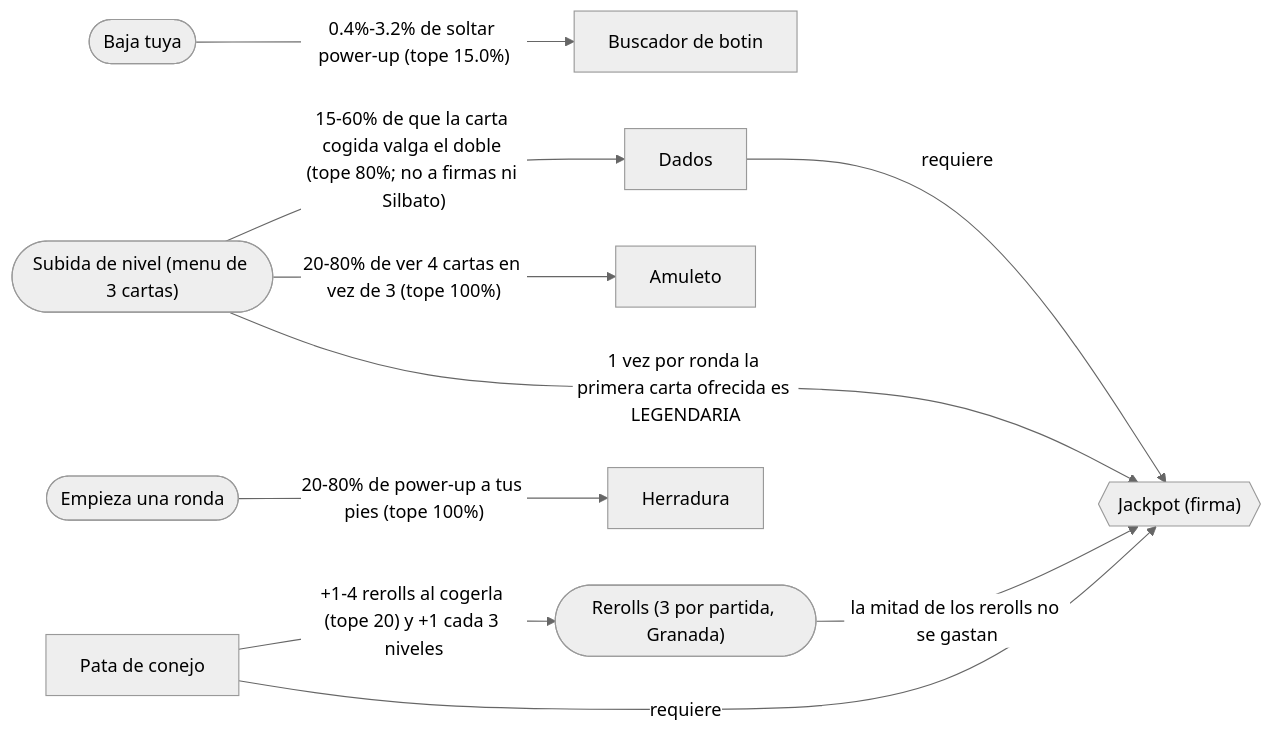
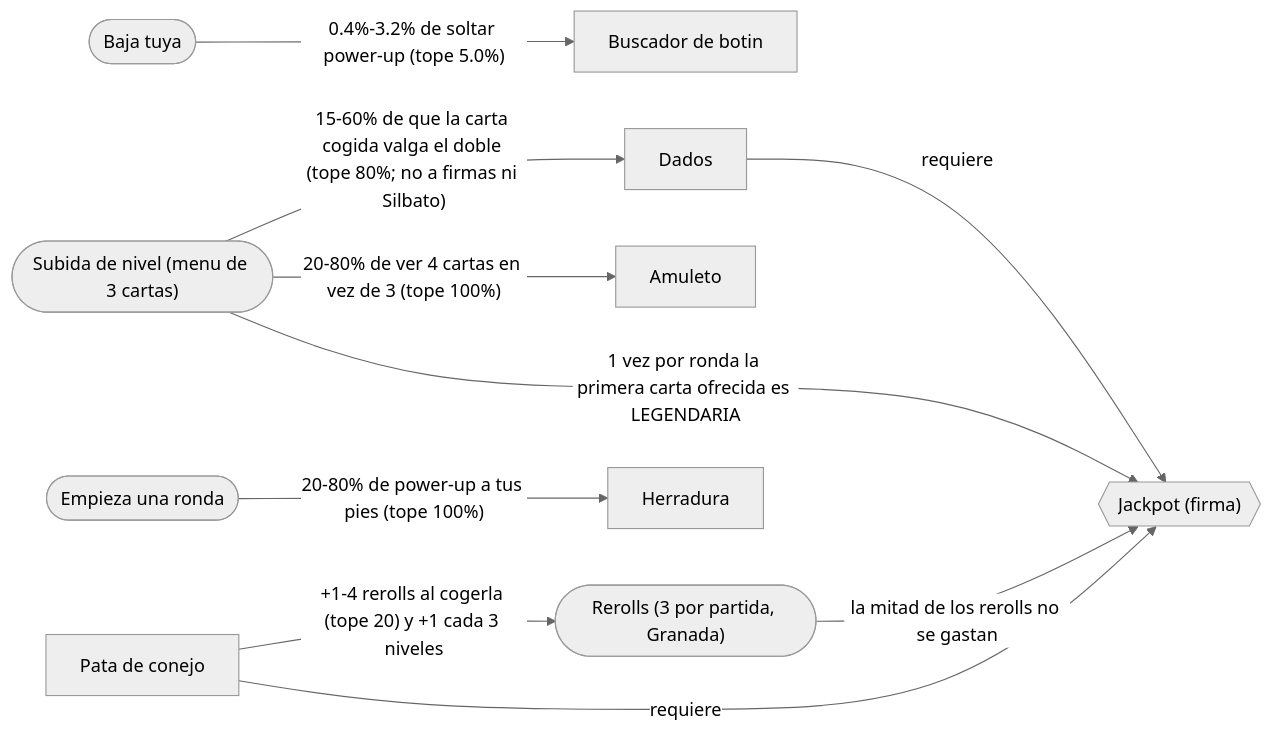
Before and after one commit to emailyasi1/bo2jodas: diagram 15 of 15 in ARQUETIPOS.md, drawn with Mermaid (neutral theme). The commit also changed other lines of this file and 5 other files, not shown here.

First line of the commit message:
1.10.3: Pistolas 15 huecos y Trebol epico, Mark II al 1 %, botin tope 5 %, caja hasta 999999

````diff
--- a/ARQUETIPOS.md
+++ b/ARQUETIPOS.md
@@ -549,22 +549,22 @@
 ```mermaid
 flowchart LR
     botin["Buscador de botin"]
     conejo["Pata de conejo"]
     dados["Dados"]
     amuleto["Amuleto"]
     herradura["Herradura"]
     jackpot{{"Jackpot (firma)"}}
     BAJA(["Baja tuya"])
+    REROLL(["Rerolls (3 por partida, Granada)"])
+    NIVEL(["Subida de nivel (menu de 3 cartas)"])
     RONDA(["Empieza una ronda"])
-    NIVEL(["Subida de nivel (menu de 3 cartas)"])
-    REROLL(["Rerolls (3 por partida, Granada)"])
-    BAJA -->|"0.4%-3.2% de soltar power-up (tope 15.0%)"| botin
+    BAJA -->|"0.4%-3.2% de soltar power-up (tope 5.0%)"| botin
     conejo -->|"+1-4 rerolls al cogerla (tope 20) y +1 cada 3 niveles"| REROLL
     NIVEL -->|"15-60% de que la carta cogida valga el doble (tope 80%; no a firmas ni Silbato)"| dados
     NIVEL -->|"20-80% de ver 4 cartas en vez de 3 (tope 100%)"| amuleto
     RONDA -->|"20-80% de power-up a tus pies (tope 100%)"| herradura
     dados -->|"requiere"| jackpot
     conejo -->|"requiere"| jackpot
     NIVEL -->|"1 vez por ronda la primera carta ofrecida es LEGENDARIA"| jackpot
     REROLL -->|"la mitad de los rerolls no se gastan"| jackpot
 ```
````
